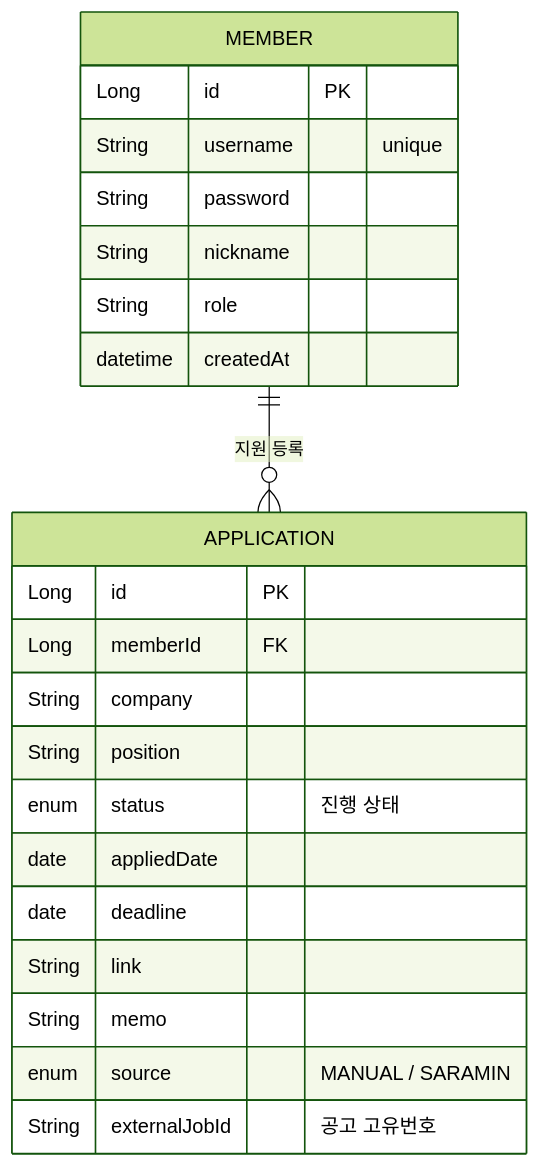
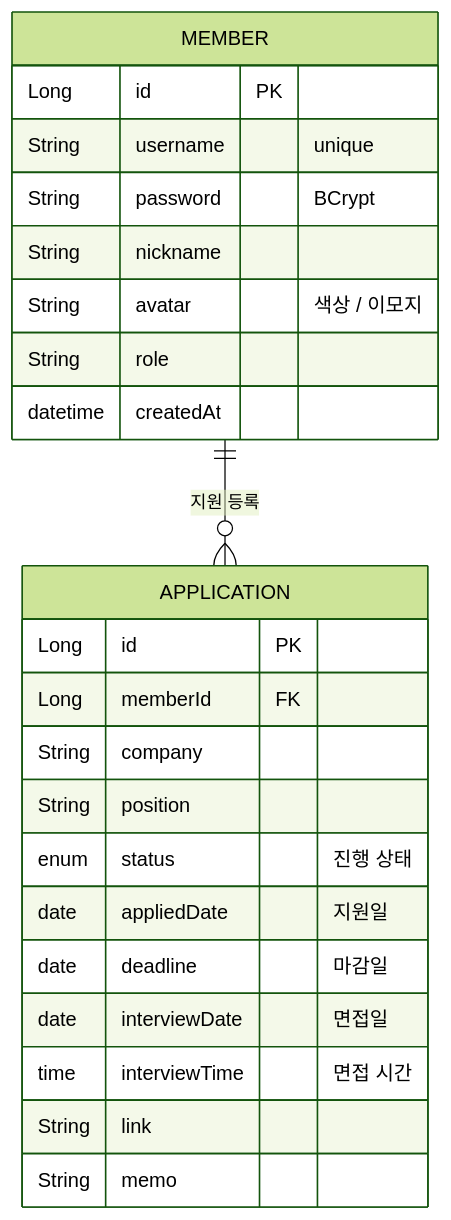
Before and after one commit to Bin-925/job-application-tracker: the second of 2 diagrams in README.md, drawn with Mermaid (forest theme). The commit also changed other lines of this file and 7 other files, not shown here.

````diff
--- a/README.md
+++ b/README.md
@@ -79,27 +85,28 @@
 ```mermaid
 erDiagram
     MEMBER ||--o{ APPLICATION : "지원 등록"
 
     MEMBER {
         Long id PK
         String username "unique"
-        String password
+        String password "BCrypt"
         String nickname
+        String avatar "색상 / 이모지"
         String role
         datetime createdAt
     }
 
     APPLICATION {
         Long id PK
         Long memberId FK
         String company
         String position
         enum status "진행 상태"
-        date appliedDate
-        date deadline
+        date appliedDate "지원일"
+        date deadline "마감일"
+        date interviewDate "면접일"
+        time interviewTime "면접 시간"
         String link
         String memo
-        enum source "MANUAL / SARAMIN"
-        String externalJobId "공고 고유번호"
     }
 ```
````
